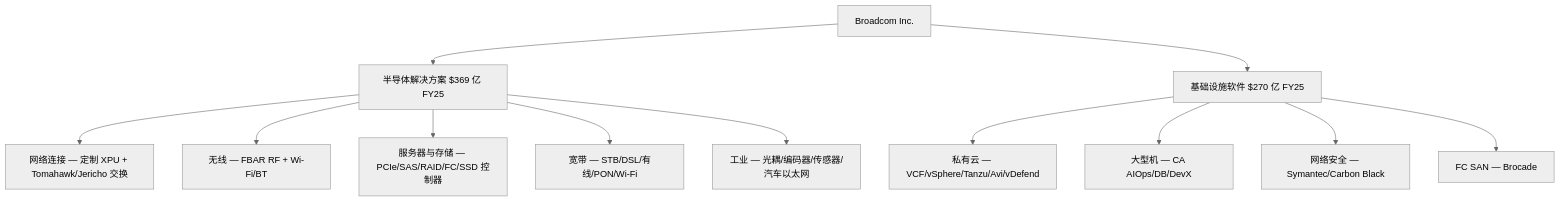
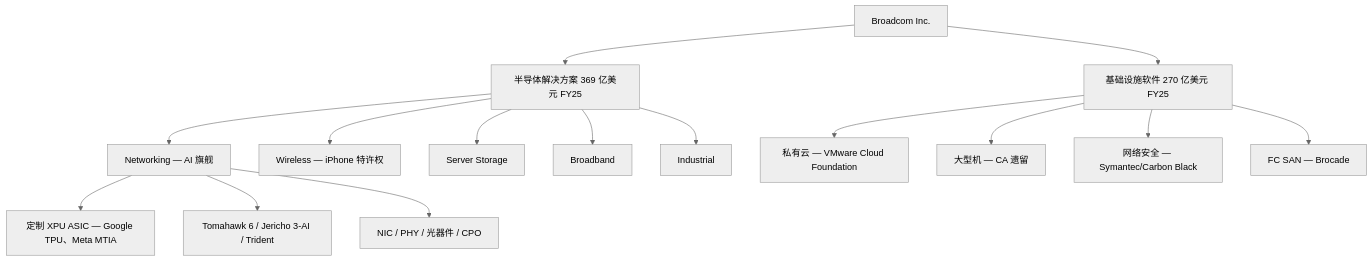
Before and after one commit to dadachundan/financial_agent: the second of 5 diagrams in reports/company/Broadcom_NASDAQ_AVGO/Broadcom_NASDAQ_AVGO_公司研究.md, drawn with Mermaid (neutral theme). The commit also changed other lines of this file and 9 other files, not shown here.

First line of the commit message:
feat(company-research): refresh Broadcom (AVGO) — decision layer + full chart suite

````diff
--- a/reports/company/Broadcom_NASDAQ_AVGO/Broadcom_NASDAQ_AVGO_公司研究.md
+++ b/reports/company/Broadcom_NASDAQ_AVGO/Broadcom_NASDAQ_AVGO_公司研究.md
@@ -355,14 +338,17 @@
 ```mermaid
 graph TD
-    A[Broadcom Inc.] --> B[半导体解决方案 $369 亿 FY25]
-    A --> C[基础设施软件 $270 亿 FY25]
-    B --> B1[网络连接 — 定制 XPU + Tomahawk/Jericho 交换]
-    B --> B2[无线 — FBAR RF + Wi-Fi/BT]
-    B --> B3[服务器与存储 — PCIe/SAS/RAID/FC/SSD 控制器]
-    B --> B4[宽带 — STB/DSL/有线/PON/Wi-Fi]
-    B --> B5[工业 — 光耦/编码器/传感器/汽车以太网]
-    C --> C1[私有云 — VCF/vSphere/Tanzu/Avi/vDefend]
-    C --> C2[大型机 — CA AIOps/DB/DevX]
+    A[Broadcom Inc.] --> B[半导体解决方案 369 亿美元 FY25]
+    A --> C[基础设施软件 270 亿美元 FY25]
+    B --> B1[Networking — AI 旗舰]
+    B --> B2[Wireless — iPhone 特许权]
+    B --> B3[Server Storage]
+    B --> B4[Broadband]
+    B --> B5[Industrial]
+    B1 --> B1a[定制 XPU ASIC — Google TPU、Meta MTIA]
+    B1 --> B1b[Tomahawk 6 / Jericho 3-AI / Trident]
+    B1 --> B1c[NIC / PHY / 光器件 / CPO]
+    C --> C1[私有云 — VMware Cloud Foundation]
+    C --> C2[大型机 — CA 遗留]
     C --> C3[网络安全 — Symantec/Carbon Black]
     C --> C4[FC SAN — Brocade]
 ```
````
